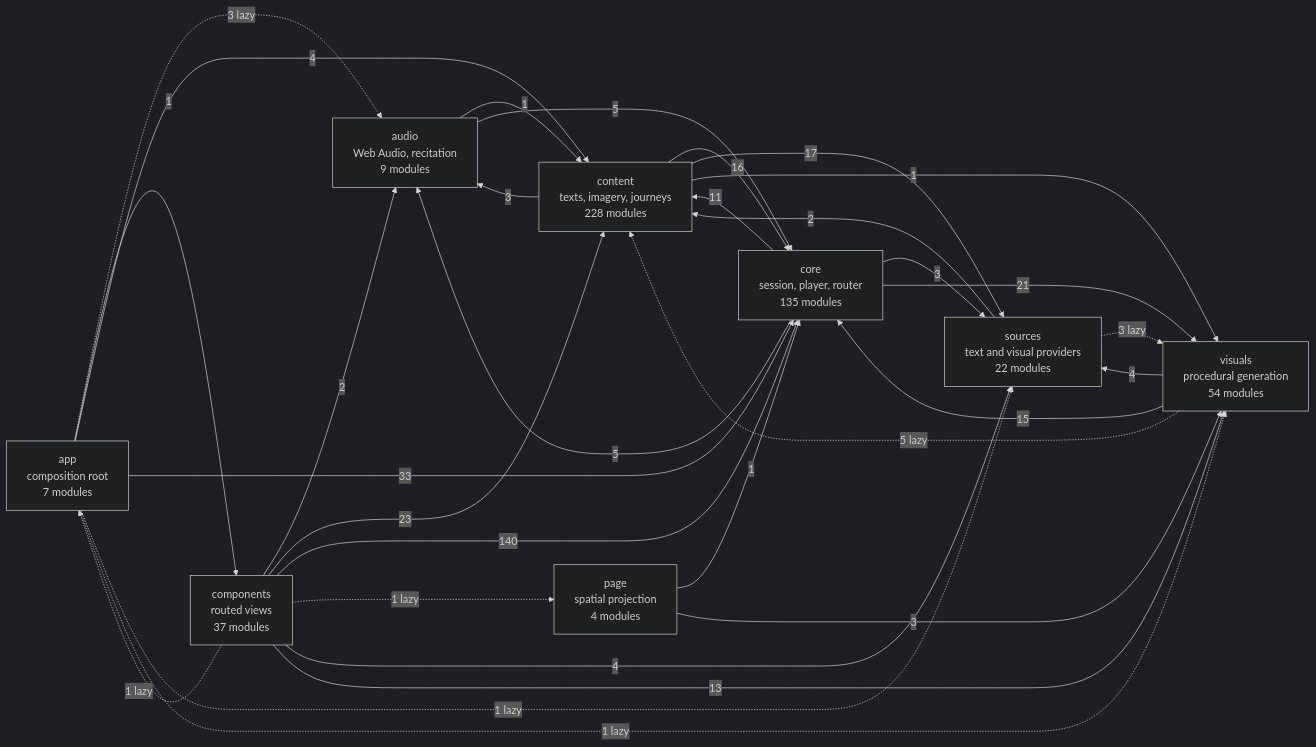
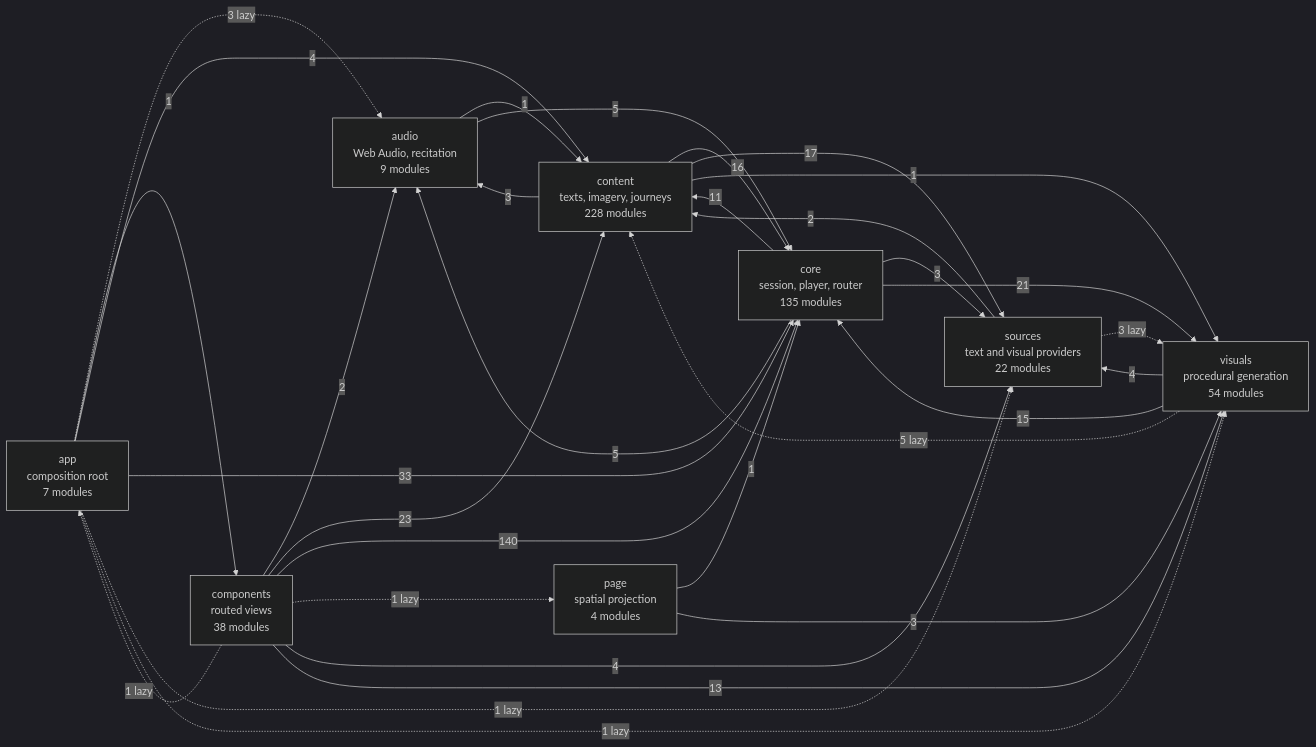
Before and after one commit to SyberLabs/RISE: the diagram in docs/specs/ARCHITECTURE.md, drawn with Mermaid (dark theme). The commit also changed 4 other files, not shown here.

````diff
--- a/docs/specs/ARCHITECTURE.md
+++ b/docs/specs/ARCHITECTURE.md
@@ -160,42 +160,42 @@
 ```mermaid
 flowchart LR
     app["app<br/>composition root<br/>7 modules"]
     audio["audio<br/>Web Audio, recitation<br/>9 modules"]
-    components["components<br/>routed views<br/>37 modules"]
+    components["components<br/>routed views<br/>38 modules"]
     content["content<br/>texts, imagery, journeys<br/>228 modules"]
     core["core<br/>session, player, router<br/>135 modules"]
     page["page<br/>spatial projection<br/>4 modules"]
     sources["sources<br/>text and visual providers<br/>22 modules"]
     visuals["visuals<br/>procedural generation<br/>54 modules"]
 
     app -.-> |3 lazy| audio
     app --> |1| components
     app --> |4| content
     app --> |33| core
     app -.-> |1 lazy| sources
     app -.-> |1 lazy| visuals
     audio --> |1| content
     audio --> |5| core
     components -.-> |1 lazy| app
     components --> |2| audio
     components --> |23| content
     components --> |140| core
     components -.-> |1 lazy| page
     components --> |4| sources
     components --> |13| visuals
     content --> |3| audio
     content --> |16| core
     content --> |17| sources
     content --> |1| visuals
     core --> |5| audio
     core --> |11| content
     core --> |3| sources
     core --> |21| visuals
     page --> |1| core
     page --> |3| visuals
     sources --> |2| content
     sources -.-> |3 lazy| visuals
     visuals -.-> |5 lazy| content
     visuals --> |15| core
     visuals --> |4| sources
 ```
````
